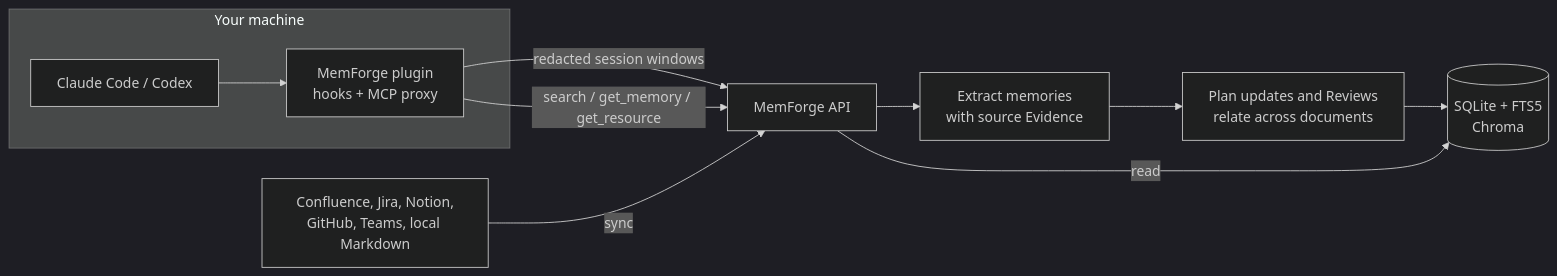
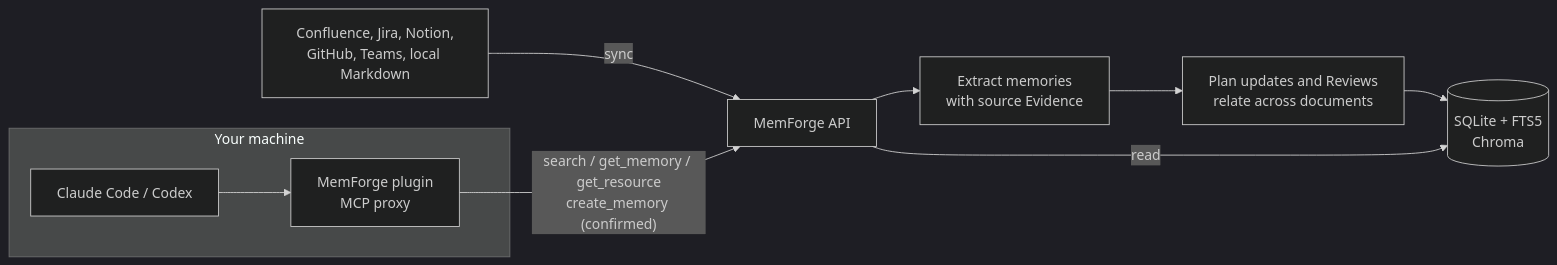
One commit to dodo-labs-ai/mem-forge changed the diagram in README.md. Above: the diagram before and after it, drawn with Mermaid (dark theme). The commit also changed other lines of this file and 7 other files, not shown here.

First line of the commit message:
Position MemForge on sources plus confirmed agent memories and note the capture removal

````diff
--- a/README.md
+++ b/README.md
@@ -104,19 +105,18 @@
 ```mermaid
 flowchart LR
   subgraph You["Your machine"]
     CC["Claude Code / Codex"]
-    Plugin["MemForge plugin<br/>hooks + MCP proxy"]
+    Plugin["MemForge plugin<br/>MCP proxy"]
   end
   Docs["Confluence, Jira, Notion,<br/>GitHub, Teams, local Markdown"]
   API["MemForge API"]
   Extract["Extract memories<br/>with source Evidence"]
   Recheck["Plan updates and Reviews<br/>relate across documents"]
   Store[("SQLite + FTS5<br/>Chroma")]
 
   CC --> Plugin
-  Plugin -- "redacted session windows" --> API
   Docs -- "sync" --> API
   API --> Extract --> Recheck --> Store
-  Plugin -- "search / get_memory / get_resource" --> API
+  Plugin -- "search / get_memory / get_resource<br/>create_memory (confirmed)" --> API
   API -- "read" --> Store
 ```
````
